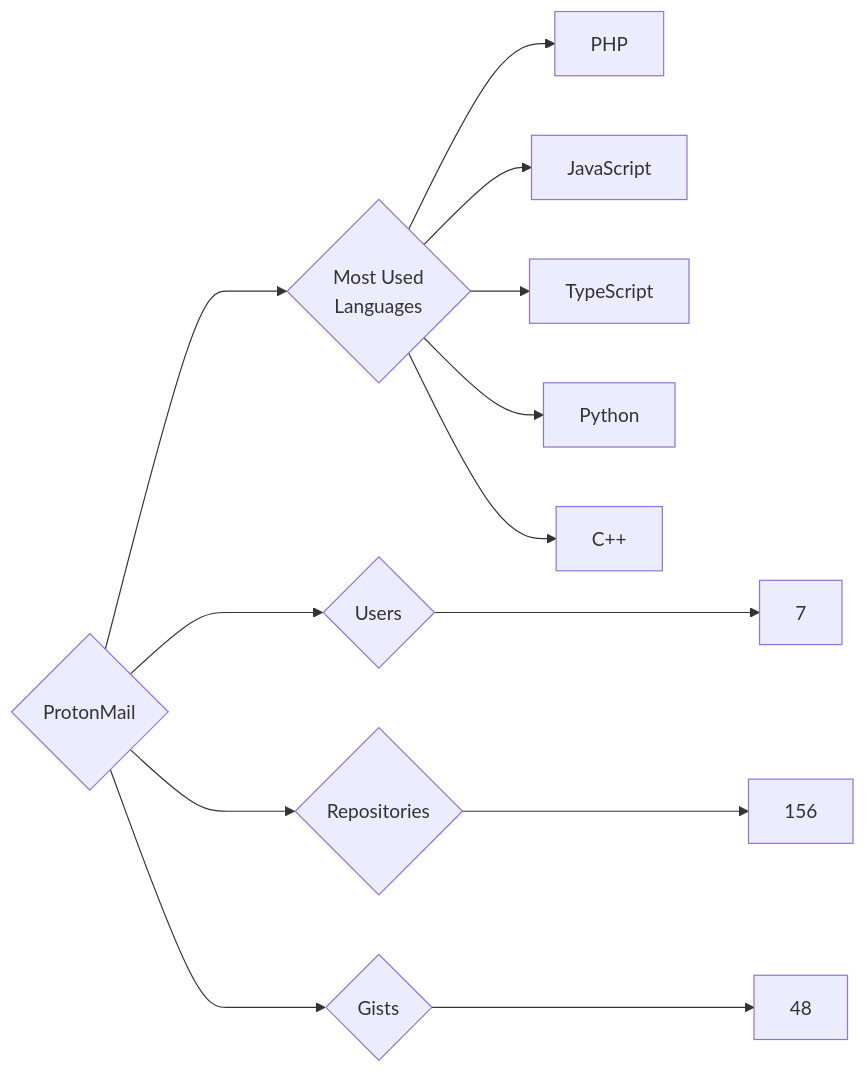
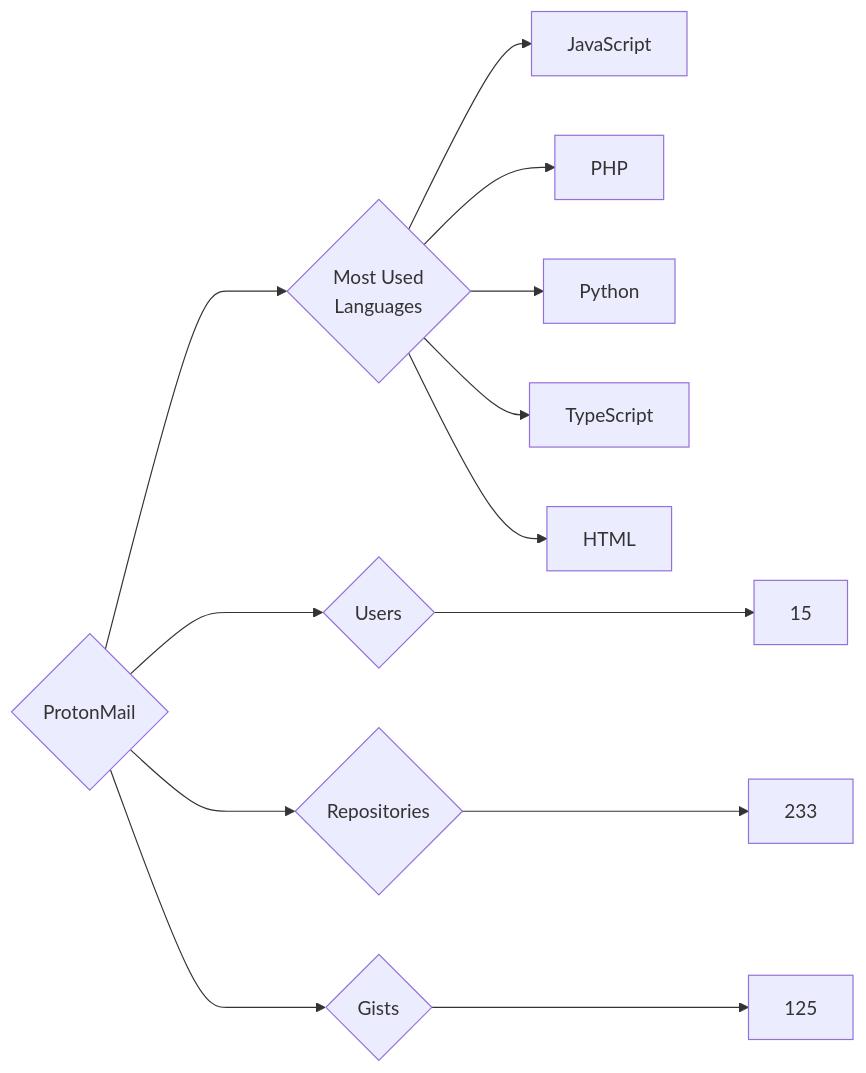
The diagram in targets/ProtonMail/README.md (trickest/insiders), drawn with Mermaid before and after one commit. The commit also changed 534 other files, not shown here.

````diff
--- a/targets/ProtonMail/README.md
+++ b/targets/ProtonMail/README.md
@@ -3,13 +3,13 @@
 ```mermaid
 graph LR
 COMPANY_NAME{ProtonMail}
-COMPANY_NAME ---> U{Users} ---> UN[7]
-COMPANY_NAME ---> R{Repositories} ---> RN[156]
-COMPANY_NAME ---> G{Gists} ---> GN[48]
+COMPANY_NAME ---> U{Users} ---> UN[15]
+COMPANY_NAME ---> R{Repositories} ---> RN[233]
+COMPANY_NAME ---> G{Gists} ---> GN[125]
 COMPANY_NAME ---> ML{Most Used<br>Languages}
+ML --> JavaScript[JavaScript]
 ML --> PHP[PHP]
-ML --> JavaScript[JavaScript]
+ML --> Python[Python]
 ML --> TypeScript[TypeScript]
-ML --> Python[Python]
-ML --> C++[C++]
+ML --> HTML[HTML]
 ```
````
